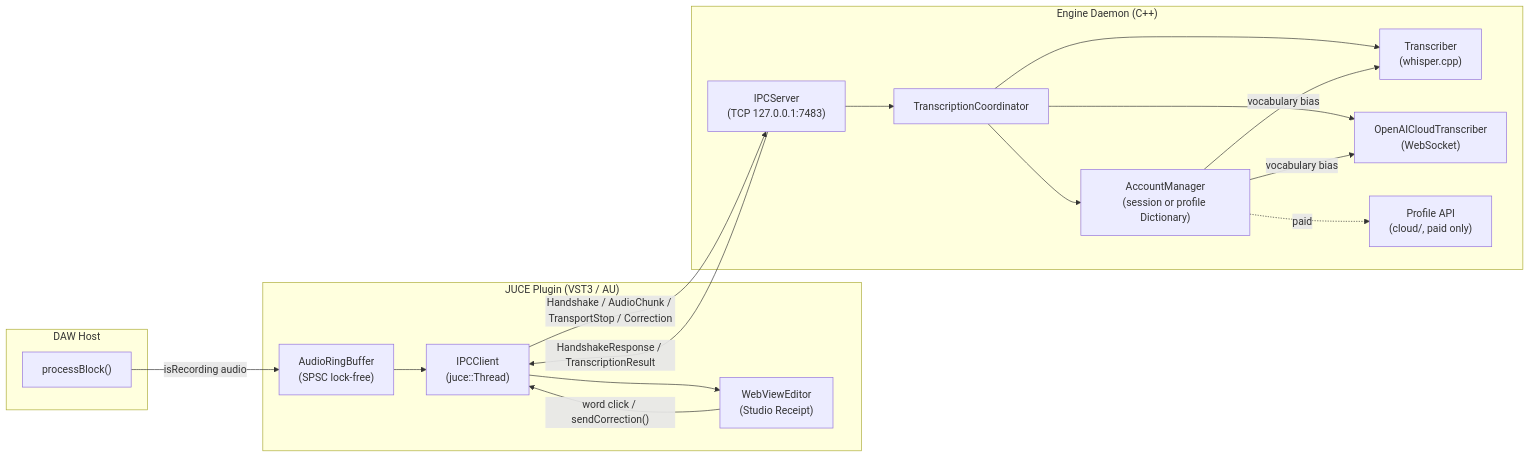
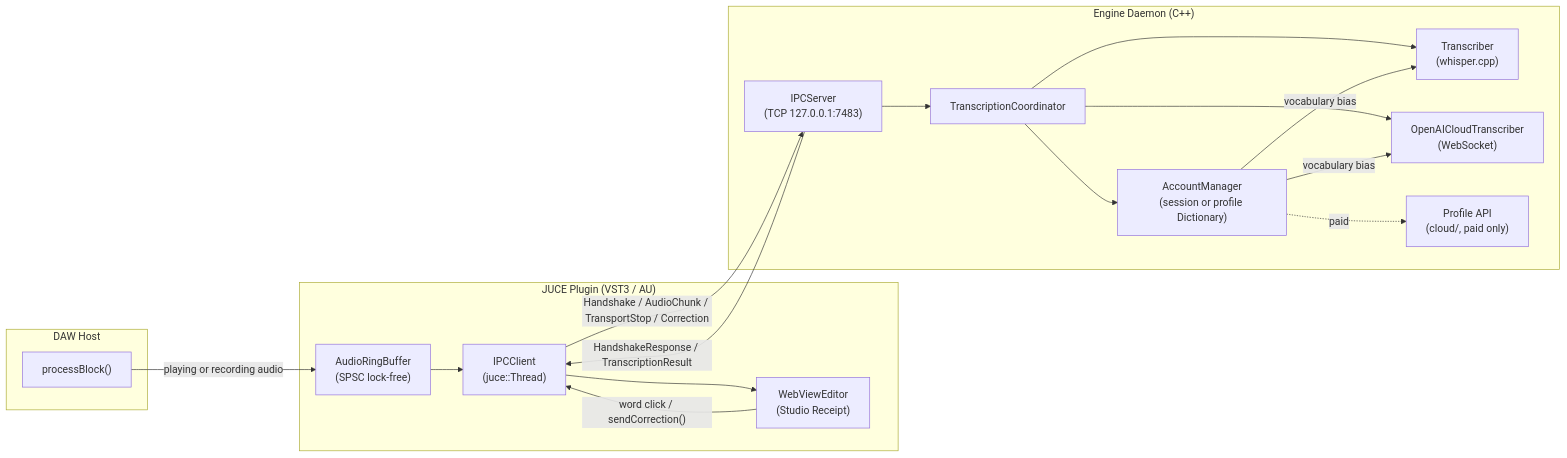
Before and after one commit to keeganmoody33/punch2pen: the diagram in README.md, drawn with Mermaid. The commit also changed other lines of this file and 10 other files, not shown here.

````diff
--- a/README.md
+++ b/README.md
@@ -9,35 +9,35 @@
 ```mermaid
 flowchart LR
     subgraph DAW["DAW Host"]
         PB["processBlock()"]
     end
 
     subgraph Plugin["JUCE Plugin (VST3 / AU)"]
         RB["AudioRingBuffer<br/>(SPSC lock-free)"]
         IPC_C["IPCClient<br/>(juce::Thread)"]
         WV["WebViewEditor<br/>(Studio Receipt)"]
     end
 
     subgraph Engine["Engine Daemon (C++)"]
         IPC_S["IPCServer<br/>(TCP 127.0.0.1:7483)"]
         TC["TranscriptionCoordinator"]
         T["Transcriber<br/>(whisper.cpp)"]
         OAI["OpenAICloudTranscriber<br/>(WebSocket)"]
         ACC["AccountManager<br/>(session or profile Dictionary)"]
         API["Profile API<br/>(cloud/, paid only)"]
     end
 
-    PB -- "isRecording audio" --> RB
+    PB -- "playing or recording audio" --> RB
     RB --> IPC_C
     IPC_C -- "Handshake / AudioChunk / TransportStop / Correction" --> IPC_S
     IPC_S --> TC
     TC --> T
     TC --> OAI
     TC --> ACC
     ACC -. paid .-> API
     IPC_S -- "HandshakeResponse / TranscriptionResult" --> IPC_C
     IPC_C --> WV
     WV -- "word click / sendCorrection()" --> IPC_C
     ACC -- "vocabulary bias" --> T
     ACC -- "vocabulary bias" --> OAI
 ```
````
